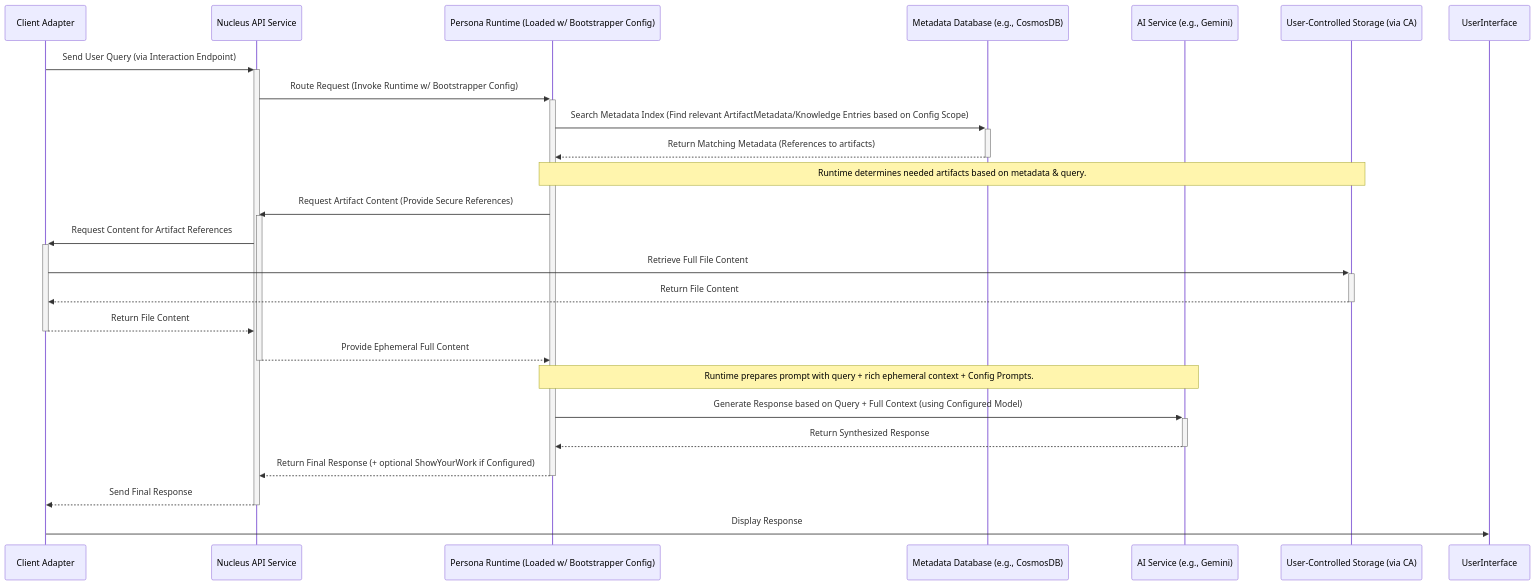
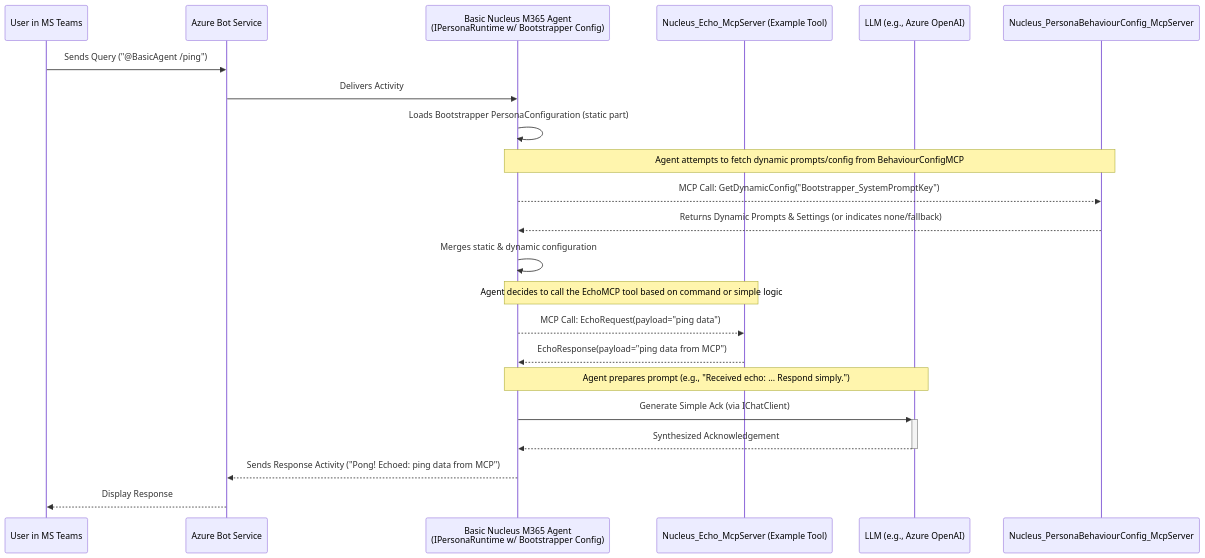
Before and after one commit to jfjordanfarr/Nucleus: the diagram in Docs/Architecture/Personas/ARCHITECTURE_PERSONAS_BOOTSTRAPPER.md, drawn with Mermaid. The commit also changed other lines of this file and 140 other files, not shown here.

````diff
--- a/Docs/Architecture/Personas/ARCHITECTURE_PERSONAS_BOOTSTRAPPER.md
+++ b/Docs/Architecture/Personas/ARCHITECTURE_PERSONAS_BOOTSTRAPPER.md
@@ -25,27 +25,25 @@
 ```mermaid
 sequenceDiagram
-    participant CA as Client Adapter
-    participant API as Nucleus API Service
-    participant Runtime as Persona Runtime (Loaded w/ Bootstrapper Config)
-    participant MetaDB as Metadata Database (e.g., CosmosDB)
-    participant AI as AI Service (e.g., Gemini)
-    participant UserStore as User-Controlled Storage (via CA)
+    participant UserInTeams as User in MS Teams
+    participant AzureBotSvc as Azure Bot Service
+    participant BasicM365Agent as Basic Nucleus M365 Agent <br/> (IPersonaRuntime w/ Bootstrapper Config)
+    participant EchoMCP as Nucleus_Echo_McpServer (Example Tool)
+    participant ConfiguredLLM as LLM (e.g., Azure OpenAI)
+    participant BehaviourConfigMCP as Nucleus_PersonaBehaviourConfig_McpServer
 
-    CA->>+API: Send User Query (via Interaction Endpoint)
-    API->>+Runtime: Route Request (Invoke Runtime w/ Bootstrapper Config)
-    Runtime->>+MetaDB: Search Metadata Index (Find relevant ArtifactMetadata/Knowledge Entries based on Config Scope)
-    MetaDB-->>-Runtime: Return Matching Metadata (References to artifacts)
-    Note over Runtime, UserStore: Runtime determines needed artifacts based on metadata & query.
-    Runtime->>+API: Request Artifact Content (Provide Secure References)
-    API->>+CA: Request Content for Artifact References
-    CA->>+UserStore: Retrieve Full File Content
-    UserStore-->>-CA: Return File Content
-    CA-->>-API: Return File Content
-    API-->>-Runtime: Provide Ephemeral Full Content
-    Note over Runtime, AI: Runtime prepares prompt with query + rich ephemeral context + Config Prompts.
-    Runtime->>+AI: Generate Response based on Query + Full Context (using Configured Model)
-    AI-->>-Runtime: Return Synthesized Response
-    Runtime-->>-API: Return Final Response (+ optional ShowYourWork if Configured)
-    API-->>-CA: Send Final Response
-    CA->>UserInterface: Display Response
+    UserInTeams->>AzureBotSvc: Sends Query ("@BasicAgent /ping")
+    AzureBotSvc->>BasicM365Agent: Delivers Activity
+    BasicM365Agent->>BasicM365Agent: Loads Bootstrapper PersonaConfiguration (static part)
+    Note over BasicM365Agent, BehaviourConfigMCP: Agent attempts to fetch dynamic prompts/config from BehaviourConfigMCP
+    BasicM365Agent-->>BehaviourConfigMCP: MCP Call: GetDynamicConfig("Bootstrapper_SystemPromptKey")
+    BehaviourConfigMCP-->>BasicM365Agent: Returns Dynamic Prompts & Settings (or indicates none/fallback)
+    BasicM365Agent->>BasicM365Agent: Merges static & dynamic configuration
+    Note over BasicM365Agent, EchoMCP: Agent decides to call the EchoMCP tool based on command or simple logic
+    BasicM365Agent-->>EchoMCP: MCP Call: EchoRequest(payload="ping data")
+    EchoMCP-->>BasicM365Agent: EchoResponse(payload="ping data from MCP")
+    Note over BasicM365Agent, ConfiguredLLM: Agent prepares prompt (e.g., "Received echo: ... Respond simply.")
+    BasicM365Agent->>+ConfiguredLLM: Generate Simple Ack (via IChatClient)
+    ConfiguredLLM-->>-BasicM365Agent: Synthesized Acknowledgement
+    BasicM365Agent-->>AzureBotSvc: Sends Response Activity ("Pong! Echoed: ping data from MCP")
+    AzureBotSvc-->>UserInTeams: Display Response
 ```
````
